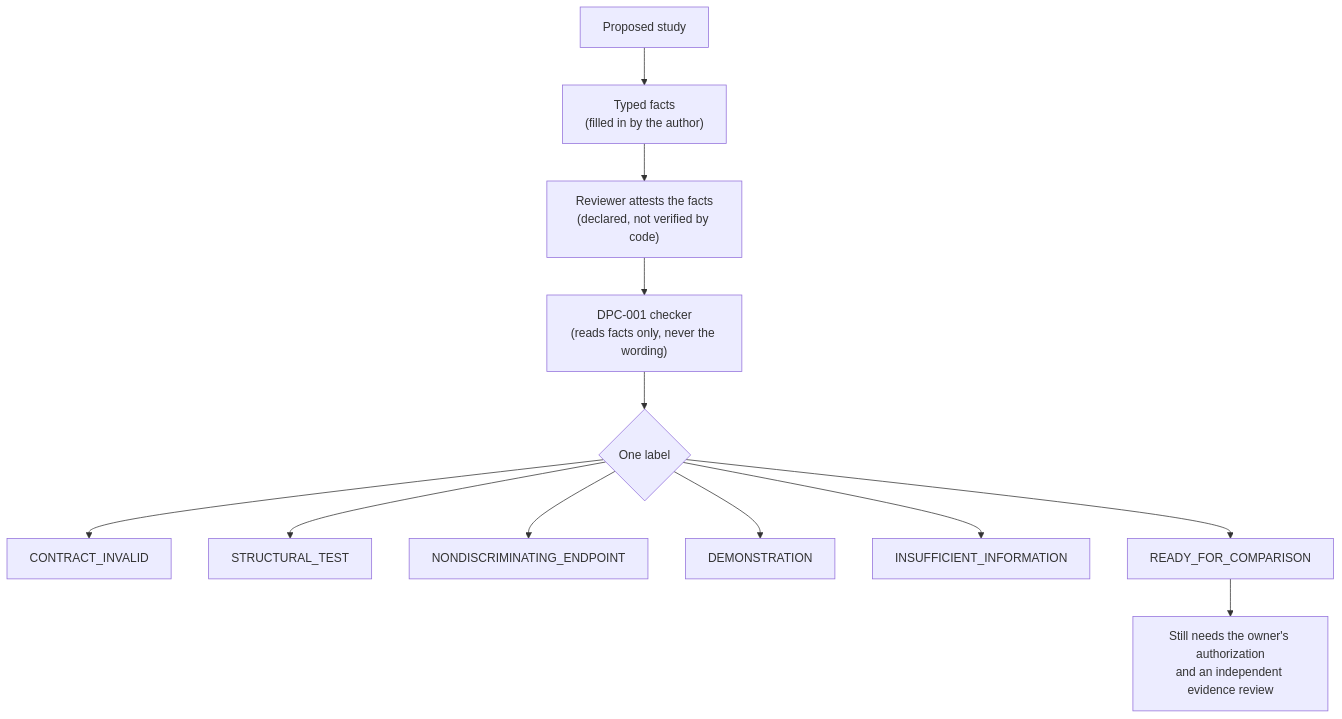
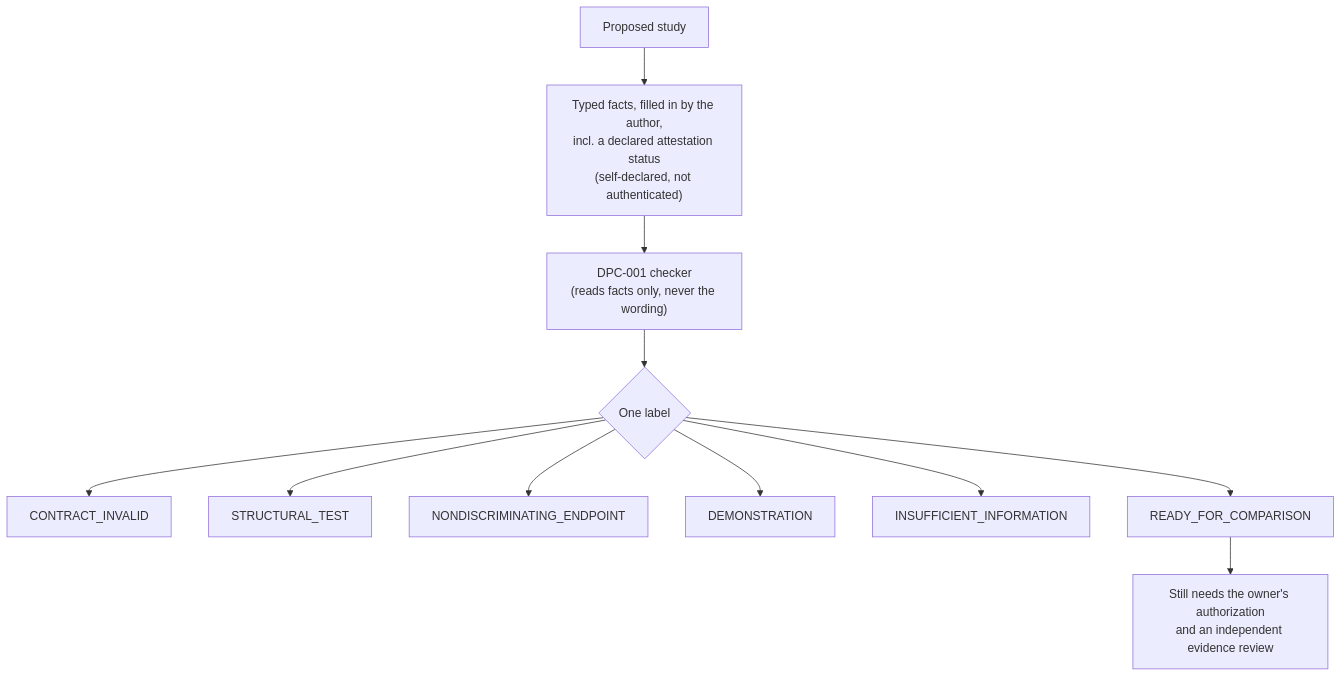
Before and after one commit to holland202/veritas-origin: the first of 2 diagrams in README.md, drawn with Mermaid. The commit also changed other lines of this file, not shown here.

Commit message:
README: attestation shown as a self-declared fact, not a universal verified step (ChatGPT review on #26)
Claude-Session: https://claude.ai/code/session_011XCUcZGStMHUv3a3XziMCE

````diff
--- a/README.md
+++ b/README.md
@@ -36,14 +36,13 @@
 ```mermaid
 flowchart TD
-    A["Proposed study"] --> B["Typed facts<br/>(filled in by the author)"]
-    B --> R["Reviewer attests the facts<br/>(declared, not verified by code)"]
-    R --> C["DPC-001 checker<br/>(reads facts only, never the wording)"]
+    A["Proposed study"] --> B["Typed facts, filled in by the author,<br/>incl. a declared attestation status<br/>(self-declared, not authenticated)"]
+    B --> C["DPC-001 checker<br/>(reads facts only, never the wording)"]
     C --> D{"One label"}
     D --> E["CONTRACT_INVALID"]
     D --> F["STRUCTURAL_TEST"]
     D --> G["NONDISCRIMINATING_ENDPOINT"]
     D --> H["DEMONSTRATION"]
     D --> I["INSUFFICIENT_INFORMATION"]
     D --> J["READY_FOR_COMPARISON"]
     J --> K["Still needs the owner's authorization<br/>and an independent evidence review"]
 ```
````
